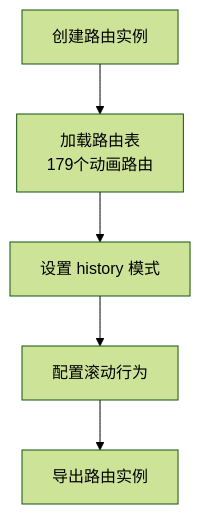
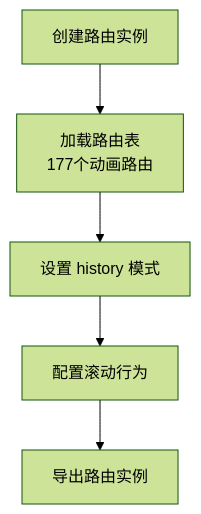
The fifth of 9 diagrams in .qoder/repowiki/zh/content/技术架构/核心框架架构.md (yuyezhizhi/yuyezhizhi.github.io), drawn with Mermaid (forest theme) before and after one commit. The commit also changed other lines of this file and 14 other files, not shown here.

````diff
--- a/.qoder/repowiki/zh/content/技术架构/核心框架架构.md
+++ b/.qoder/repowiki/zh/content/技术架构/核心框架架构.md
@@ -193,7 +190,7 @@
 ```mermaid
 flowchart TD
-Init["创建路由实例"] --> Routes["加载路由表<br/>179个动画路由"]
+Init["创建路由实例"] --> Routes["加载路由表<br/>177个动画路由"]
 Routes --> Mode["设置 history 模式"]
 Mode --> Behavior["配置滚动行为"]
 Behavior --> Export["导出路由实例"]
 ```
````
